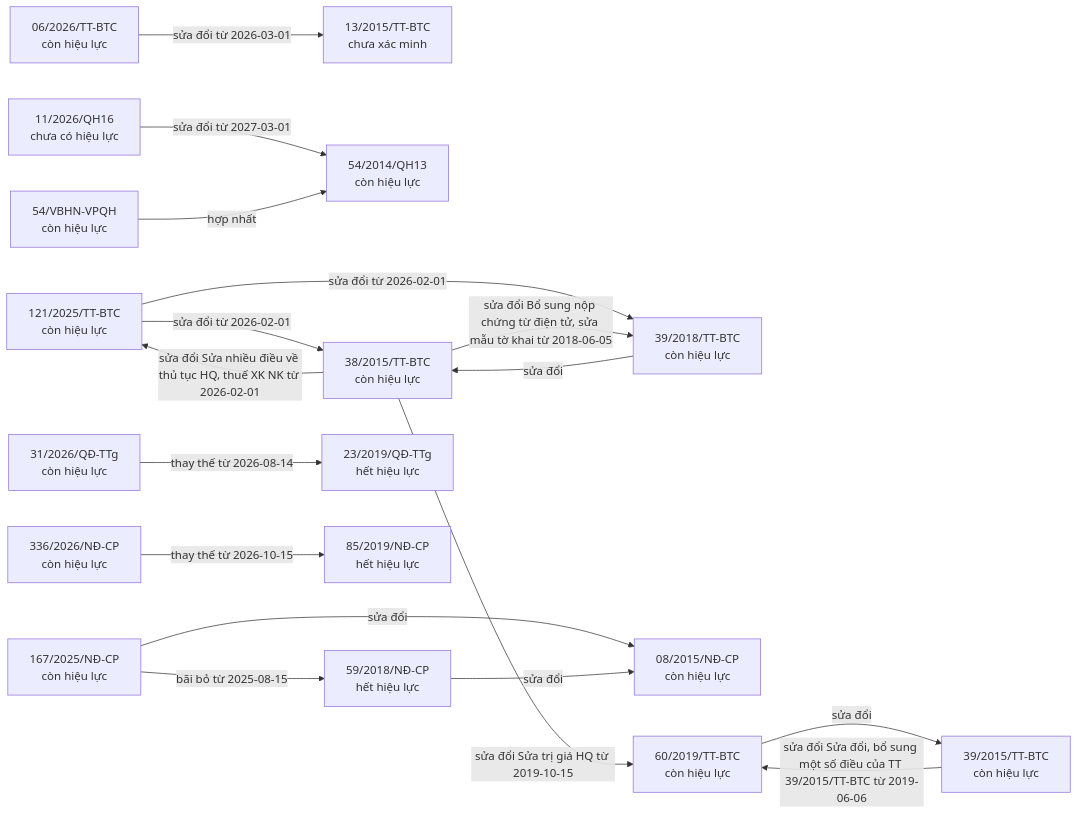
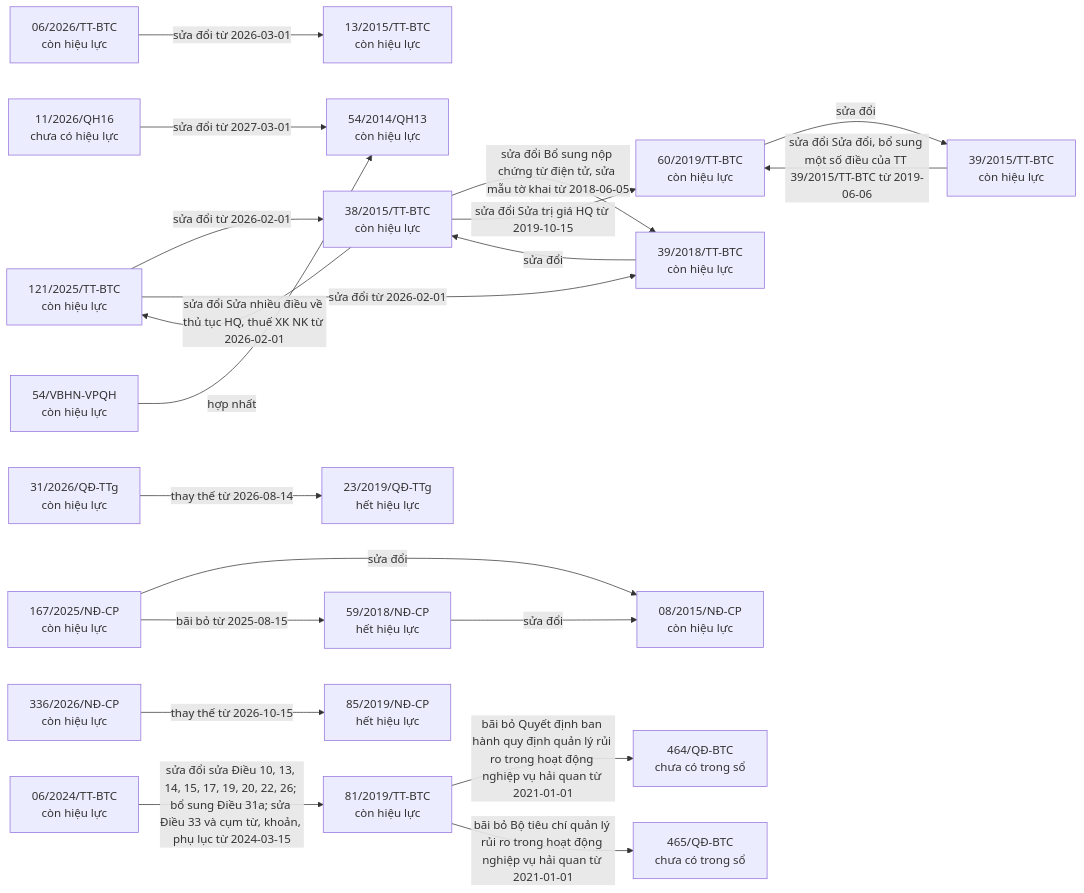
Before and after one commit to ozvietnam/oz-wiki-plhq: the third of 9 diagrams in bao-cao/quan-he.md, drawn with Mermaid. The commit also changed other lines of this file and 45 other files, not shown here.

````diff
--- a/bao-cao/quan-he.md
+++ b/bao-cao/quan-he.md
@@ -45,36 +45,43 @@
 ```mermaid
 flowchart LR
+  n_06_2024_TT_BTC["06/2024/TT-BTC<br/>còn hiệu lực"]
+  n_81_2019_TT_BTC["81/2019/TT-BTC<br/>còn hiệu lực"]
   n_06_2026_TT_BTC["06/2026/TT-BTC<br/>còn hiệu lực"]
-  n_13_2015_TT_BTC["13/2015/TT-BTC<br/>chưa xác minh"]
+  n_13_2015_TT_BTC["13/2015/TT-BTC<br/>còn hiệu lực"]
   n_11_2026_QH16["11/2026/QH16<br/>chưa có hiệu lực"]
   n_54_2014_QH13["54/2014/QH13<br/>còn hiệu lực"]
   n_121_2025_TT_BTC["121/2025/TT-BTC<br/>còn hiệu lực"]
   n_38_2015_TT_BTC["38/2015/TT-BTC<br/>còn hiệu lực"]
   n_39_2018_TT_BTC["39/2018/TT-BTC<br/>còn hiệu lực"]
   n_167_2025_N__CP["167/2025/NĐ-CP<br/>còn hiệu lực"]
   n_08_2015_N__CP["08/2015/NĐ-CP<br/>còn hiệu lực"]
   n_59_2018_N__CP["59/2018/NĐ-CP<br/>hết hiệu lực"]
   n_31_2026_Q__TTg["31/2026/QĐ-TTg<br/>còn hiệu lực"]
   n_23_2019_Q__TTg["23/2019/QĐ-TTg<br/>hết hiệu lực"]
   n_336_2026_N__CP["336/2026/NĐ-CP<br/>còn hiệu lực"]
   n_85_2019_N__CP["85/2019/NĐ-CP<br/>hết hiệu lực"]
   n_60_2019_TT_BTC["60/2019/TT-BTC<br/>còn hiệu lực"]
   n_39_2015_TT_BTC["39/2015/TT-BTC<br/>còn hiệu lực"]
   n_54_VBHN_VPQH["54/VBHN-VPQH<br/>còn hiệu lực"]
+  n_464_Q__BTC["464/QĐ-BTC<br/>chưa có trong sổ"]
+  n_465_Q__BTC["465/QĐ-BTC<br/>chưa có trong sổ"]
+  n_06_2024_TT_BTC -->|sửa đổi sửa Điều 10, 13, 14, 15, 17, 19, 20, 22, 26; bổ sung Điều 31a; sửa Điều 33 và cụm từ, khoản, phụ lục từ 2024-03-15| n_81_2019_TT_BTC
   n_06_2026_TT_BTC -->|sửa đổi từ 2026-03-01| n_13_2015_TT_BTC
   n_11_2026_QH16 -->|sửa đổi từ 2027-03-01| n_54_2014_QH13
   n_121_2025_TT_BTC -->|sửa đổi từ 2026-02-01| n_38_2015_TT_BTC
   n_121_2025_TT_BTC -->|sửa đổi từ 2026-02-01| n_39_2018_TT_BTC
   n_167_2025_N__CP -->|sửa đổi| n_08_2015_N__CP
   n_167_2025_N__CP -->|bãi bỏ từ 2025-08-15| n_59_2018_N__CP
   n_31_2026_Q__TTg -->|thay thế từ 2026-08-14| n_23_2019_Q__TTg
   n_336_2026_N__CP -->|thay thế từ 2026-10-15| n_85_2019_N__CP
   n_38_2015_TT_BTC -->|sửa đổi Bổ sung nộp chứng từ điện tử, sửa mẫu tờ khai từ 2018-06-05| n_39_2018_TT_BTC
   n_38_2015_TT_BTC -->|sửa đổi Sửa trị giá HQ từ 2019-10-15| n_60_2019_TT_BTC
   n_38_2015_TT_BTC -->|sửa đổi Sửa nhiều điều về thủ tục HQ, thuế XK NK từ 2026-02-01| n_121_2025_TT_BTC
   n_39_2015_TT_BTC -->|sửa đổi Sửa đổi, bổ sung một số điều của TT 39/2015/TT-BTC từ 2019-06-06| n_60_2019_TT_BTC
   n_39_2018_TT_BTC -->|sửa đổi| n_38_2015_TT_BTC
   n_54_VBHN_VPQH -->|hợp nhất| n_54_2014_QH13
   n_59_2018_N__CP -->|sửa đổi| n_08_2015_N__CP
   n_60_2019_TT_BTC -->|sửa đổi| n_39_2015_TT_BTC
+  n_81_2019_TT_BTC -->|bãi bỏ Quyết định ban hành quy định quản lý rủi ro trong hoạt động nghiệp vụ hải quan từ 2021-01-01| n_464_Q__BTC
+  n_81_2019_TT_BTC -->|bãi bỏ Bộ tiêu chí quản lý rủi ro trong hoạt động nghiệp vụ hải quan từ 2021-01-01| n_465_Q__BTC
 ```
````
